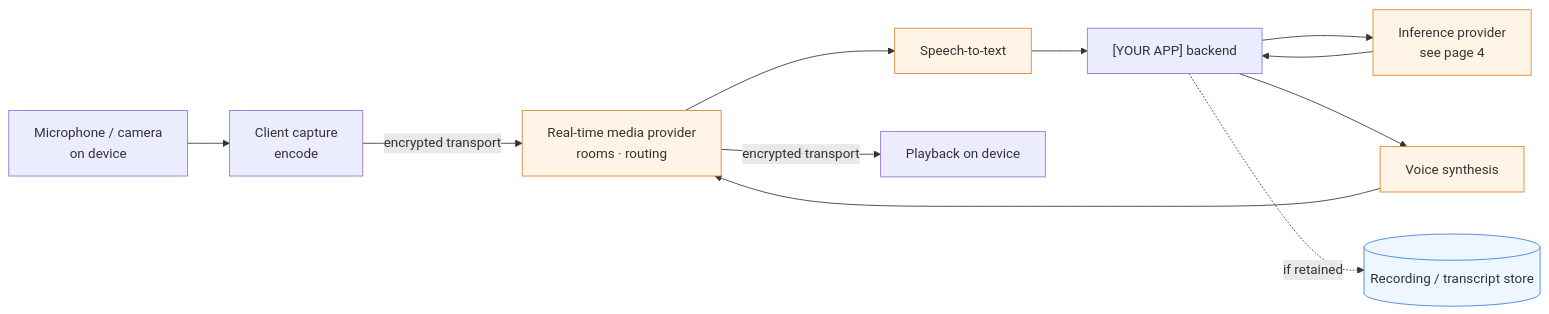
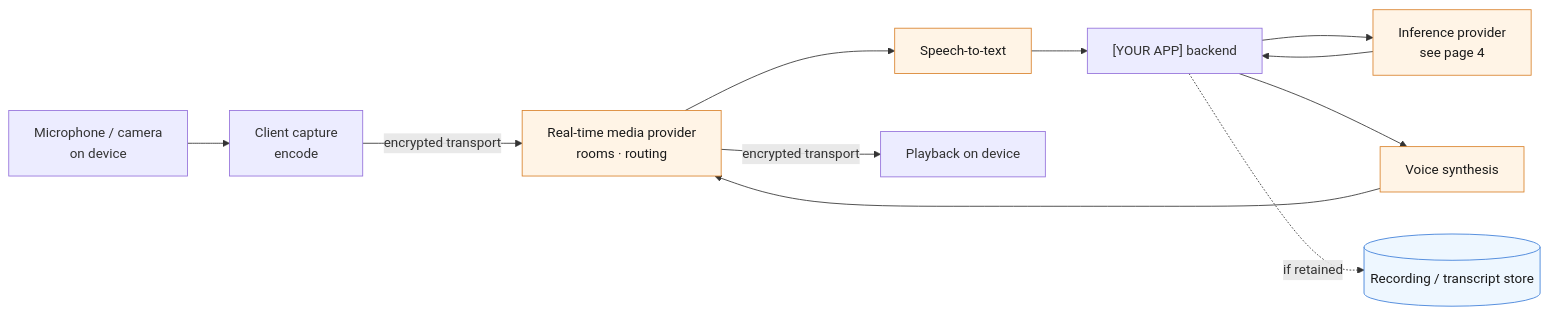
Before and after one commit to ann-ette/soc2-starter-kit: the third of 8 diagrams in templates/ARCHITECTURE-MAP.md, drawn with Mermaid. The commit also changed other lines of this file and 14 other files, not shown here.

````diff
--- a/templates/ARCHITECTURE-MAP.md
+++ b/templates/ARCHITECTURE-MAP.md
@@ -136,19 +136,19 @@
 ```mermaid
 flowchart LR
     MIC["Microphone / camera<br/>on device"] --> CAP["Client capture<br/>encode"]
     CAP -->|"encrypted transport"| RT["Real-time media provider<br/>rooms · routing"]
     RT --> STT["Speech-to-text"]
     STT --> B["[YOUR APP] backend"]
     B --> INF["Inference provider<br/>see page 4"]
     INF --> B
     B --> TTS["Voice synthesis"]
     TTS --> RT
     RT -->|"encrypted transport"| SPK["Playback on device"]
 
     B -.->|"if retained"| OBJ[("Recording / transcript store")]
 
-    classDef ext fill:#fff4e6,stroke:#d9822b
-    classDef store fill:#eef7ff,stroke:#3b7dd8
+    classDef ext fill:#fff4e6,stroke:#d9822b,color:#1a1a1a
+    classDef store fill:#eef7ff,stroke:#3b7dd8,color:#1a1a1a
     class RT,STT,TTS,INF ext
     class OBJ store
 ```
````
